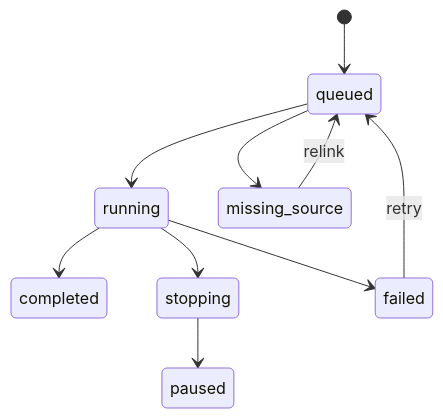
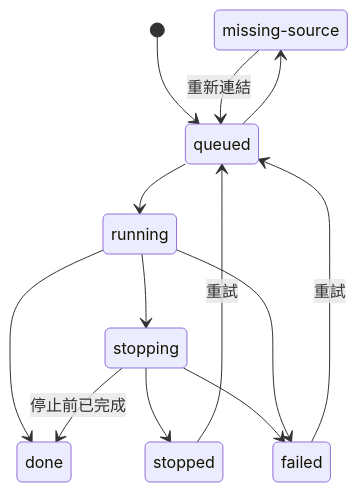
The second of 2 diagrams in docs/Electron_維護手冊.md (evanwayc-star/SUB_Tool), drawn with Mermaid before and after one commit. The commit also changed other lines of this file and 88 other files, not shown here.

````diff
--- a/docs/Electron_維護手冊.md
+++ b/docs/Electron_維護手冊.md
@@ -339,12 +350,16 @@
 ```mermaid
 stateDiagram-v2
+  state "missing-source" as missingSource
   [*] --> queued
   queued --> running
-  running --> completed
+  running --> done
   running --> stopping
-  stopping --> paused
+  stopping --> stopped
+  stopping --> done: 停止前已完成
+  stopping --> failed
   running --> failed
-  failed --> queued: retry
-  queued --> missing_source
-  missing_source --> queued: relink
+  failed --> queued: 重試
+  stopped --> queued: 重試
+  queued --> missingSource
+  missingSource --> queued: 重新連結
 ```
````
